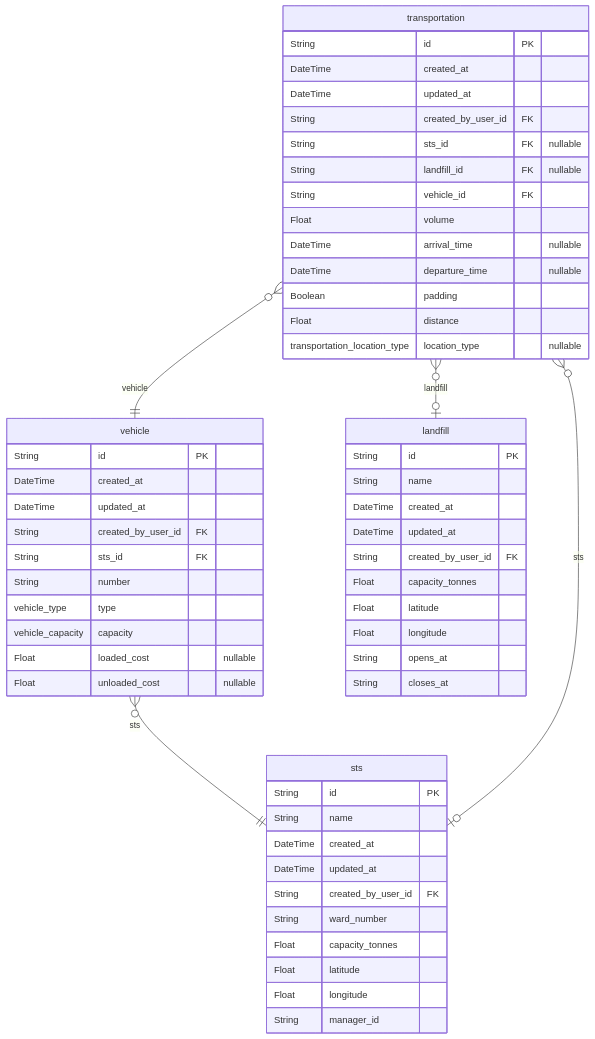
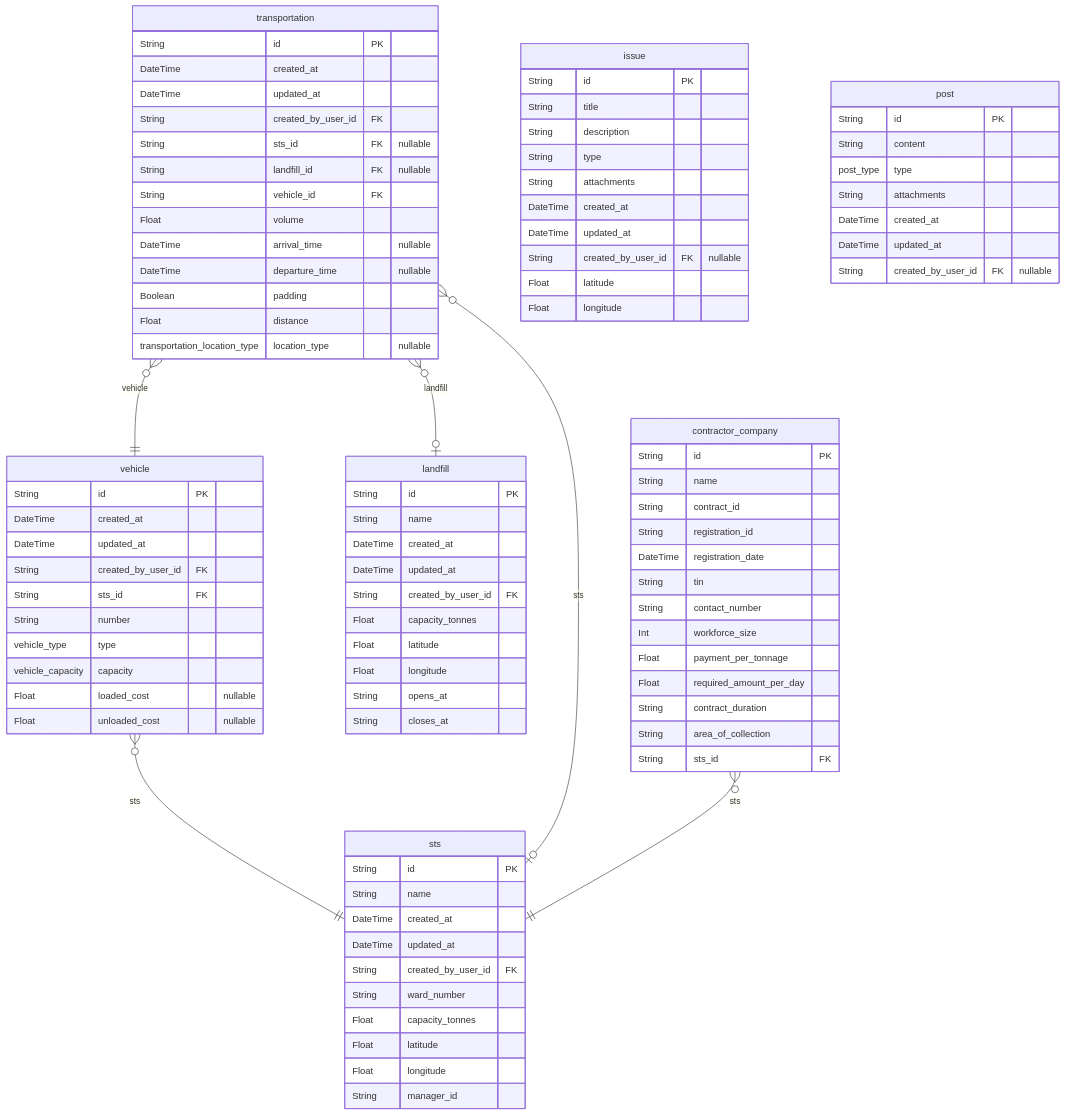
One commit to nurulhudaapon/codesamurai-final changed the second of 2 diagrams in packages/db/README.md. Above: the diagram before and after it, drawn with Mermaid. The commit also changed other lines of this file and 13 other files, not shown here.

````diff
--- a/packages/db/README.md
+++ b/packages/db/README.md
@@ -148,8 +148,45 @@
   Float distance
   transportation_location_type location_type "nullable"
 }
+"issue" {
+  String id PK
+  String title
+  String description
+  String type
+  String attachments
+  DateTime created_at
+  DateTime updated_at
+  String created_by_user_id FK "nullable"
+  Float latitude
+  Float longitude
+}
+"post" {
+  String id PK
+  String content
+  post_type type
+  String attachments
+  DateTime created_at
+  DateTime updated_at
+  String created_by_user_id FK "nullable"
+}
+"contractor_company" {
+  String id PK
+  String name
+  String contract_id
+  String registration_id
+  DateTime registration_date
+  String tin
+  String contact_number
+  Int workforce_size
+  Float payment_per_tonnage
+  Float required_amount_per_day
+  String contract_duration
+  String area_of_collection
+  String sts_id FK
+}
 "vehicle" }o--|| "sts" : sts
 "transportation" }o--o| "sts" : sts
 "transportation" }o--o| "landfill" : landfill
 "transportation" }o--|| "vehicle" : vehicle
+"contractor_company" }o--|| "sts" : sts
 ```
````
